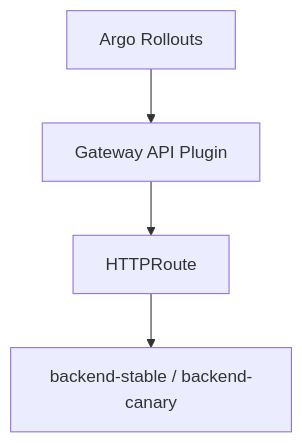
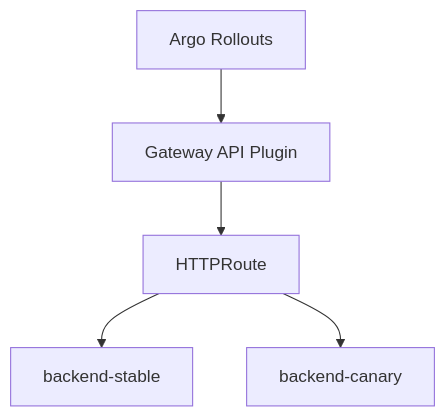
The third of 35 diagrams in docs/04-progressive-delivery/README.md (ahmed-sayed-devops/microservices-platform-gitops), drawn with Mermaid before and after one commit. The commit also changed other lines of this file and 13 other files, not shown here.

Commit message:
docs: update progressive delivery and platform architecture

````diff
--- a/docs/04-progressive-delivery/README.md
+++ b/docs/04-progressive-delivery/README.md
@@ -314,6 +352,8 @@
 ```mermaid
 graph TD
+
     A["Argo Rollouts"] --> B["Gateway API Plugin"]
     B --> C["HTTPRoute"]
-    C --> D["backend-stable / backend-canary"]
+    C --> D["backend-stable"]
+    C --> E["backend-canary"]
 ```
````
